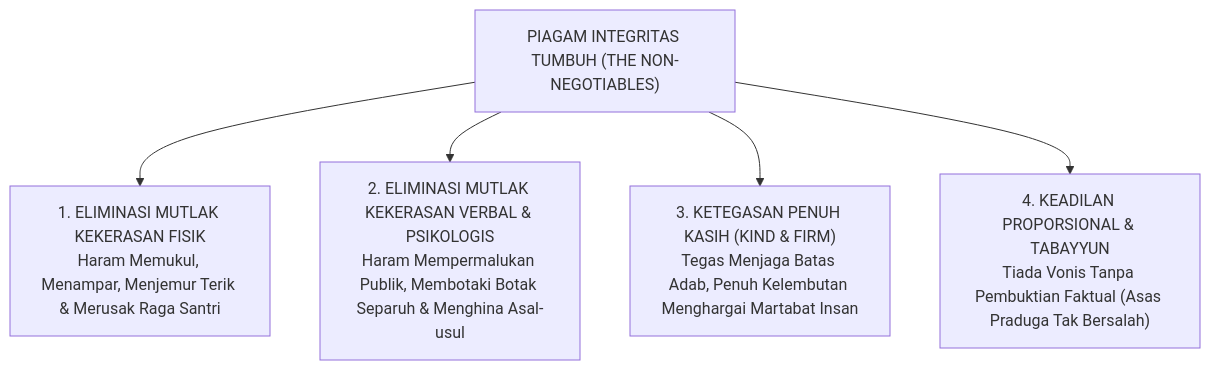
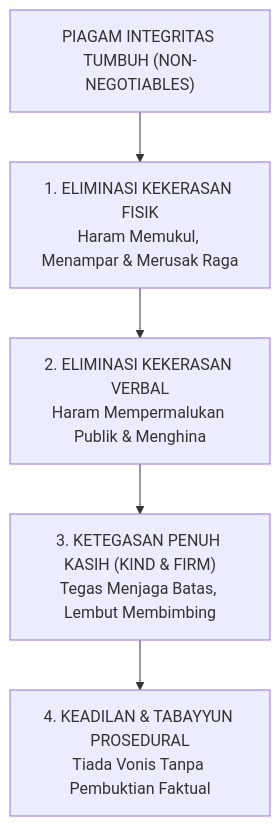
Before and after one commit to wandiapriliyandi/tumbuh: the first of 5 diagrams in BOOK Series 1/01-The-Fundamental-of-TUMBUH/Bab-08-Sumpah-Integritas-Pendidikan-TUMBUH.md, drawn with Mermaid. The commit also changed other lines of this file and 35 other files, not shown here.

Commit message:
fix(book-01): optimasi keterbacaan diagram mermaid pada seluruh bab dan perbarui 20 file PDF

````diff
--- a/BOOK Series 1/01-The-Fundamental-of-TUMBUH/Bab-08-Sumpah-Integritas-Pendidikan-TUMBUH.md
+++ b/BOOK Series 1/01-The-Fundamental-of-TUMBUH/Bab-08-Sumpah-Integritas-Pendidikan-TUMBUH.md
@@ -34,9 +34,9 @@
 ```mermaid
 graph TD
-    A["PIAGAM INTEGRITAS TUMBUH (THE NON-NEGOTIABLES)"]
+    A["PIAGAM INTEGRITAS TUMBUH (NON-NEGOTIABLES)"]
     
-    A --> P1["1. ELIMINASI MUTLAK KEKERASAN FISIK<br/>Haram Memukul, Menampar, Menjemur Terik & Merusak Raga Santri"]
-    A --> P2["2. ELIMINASI MUTLAK KEKERASAN VERBAL & PSIKOLOGIS<br/>Haram Mempermalukan Publik, Membotaki Botak Separuh & Menghina Asal-usul"]
-    A --> P3["3. KETEGASAN PENUH KASIH (KIND & FIRM)<br/>Tegas Menjaga Batas Adab, Penuh Kelembutan Menghargai Martabat Insan"]
-    A --> P4["4. KEADILAN PROPORSIONAL & TABAYYUN<br/>Tiada Vonis Tanpa Pembuktian Faktual (Asas Praduga Tak Bersalah)"]
+    A --> P1["1. ELIMINASI KEKERASAN FISIK<br/>Haram Memukul, Menampar & Merusak Raga"]
+    P1 --> P2["2. ELIMINASI KEKERASAN VERBAL<br/>Haram Mempermalukan Publik & Menghina"]
+    P2 --> P3["3. KETEGASAN PENUH KASIH (KIND & FIRM)<br/>Tegas Menjaga Batas, Lembut Membimbing"]
+    P3 --> P4["4. KEADILAN & TABAYYUN PROSEDURAL<br/>Tiada Vonis Tanpa Pembuktian Faktual"]
 ```
````
